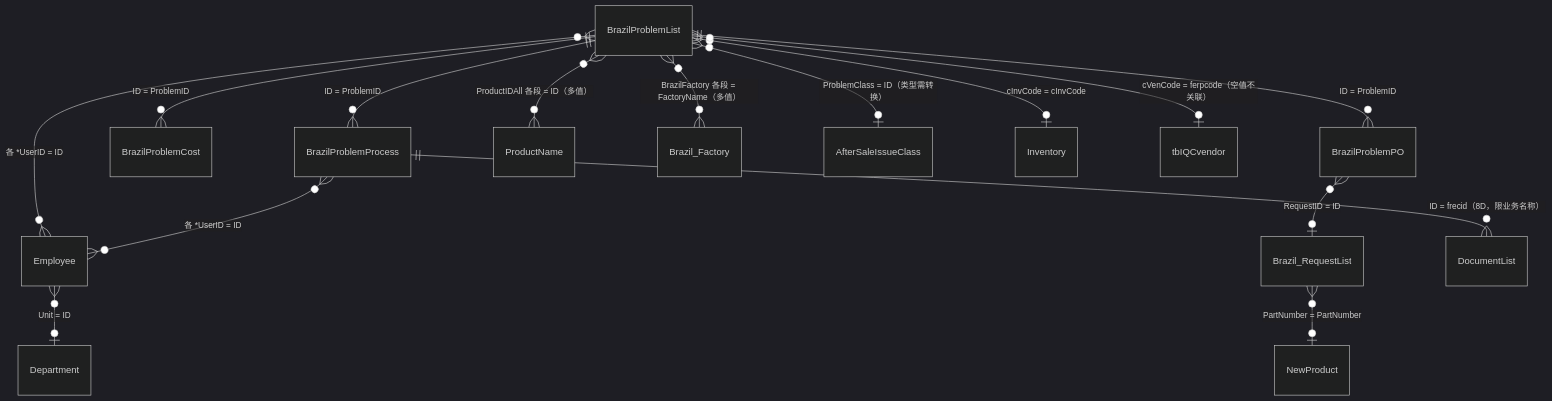
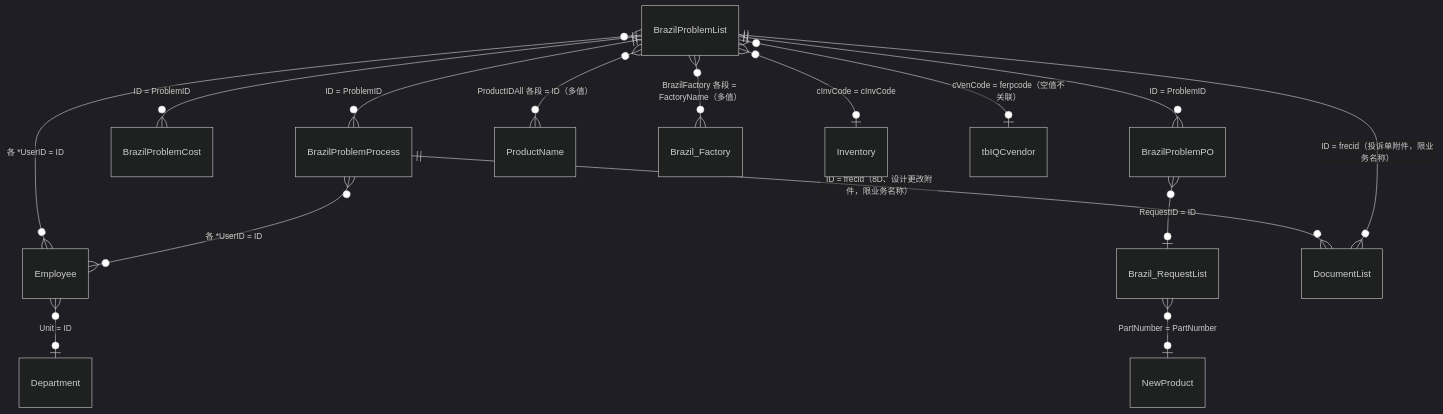
One commit to wujushan/FactoryIssue changed the third of 4 diagrams in docs/2_landed/table_relations.md. Above: the diagram before and after it, drawn with Mermaid (dark theme). The commit also changed other lines of this file and 30 other files, not shown here.

````diff
--- a/docs/2_landed/table_relations.md
+++ b/docs/2_landed/table_relations.md
@@ -127,17 +126,17 @@
 ```mermaid
 erDiagram
     BrazilProblemList ||--o{ BrazilProblemProcess : "ID = ProblemID"
     BrazilProblemList ||--o{ BrazilProblemCost : "ID = ProblemID"
     BrazilProblemList ||--o{ BrazilProblemPO : "ID = ProblemID"
     BrazilProblemPO }o--o| Brazil_RequestList : "RequestID = ID"
     Brazil_RequestList }o--o| NewProduct : "PartNumber = PartNumber"
     BrazilProblemList }o--o{ ProductName : "ProductIDAll 各段 = ID（多值）"
     BrazilProblemList }o--o{ Brazil_Factory : "BrazilFactory 各段 = FactoryName（多值）"
-    BrazilProblemList }o--o| AfterSaleIssueClass : "ProblemClass = ID（类型需转换）"
     BrazilProblemList }o--o| Inventory : "cInvCode = cInvCode"
     BrazilProblemList }o--o| tbIQCvendor : "cVenCode = ferpcode（空值不关联）"
     BrazilProblemList }o--o{ Employee : "各 *UserID = ID"
-    BrazilProblemProcess ||--o{ DocumentList : "ID = frecid（8D，限业务名称）"
+    BrazilProblemProcess ||--o{ DocumentList : "ID = frecid（8D、设计更改附件，限业务名称）"
+    BrazilProblemList ||--o{ DocumentList : "ID = frecid（投诉单附件，限业务名称）"
     BrazilProblemProcess }o--o{ Employee : "各 *UserID = ID"
     Employee }o--o| Department : "Unit = ID"
 ```
````
